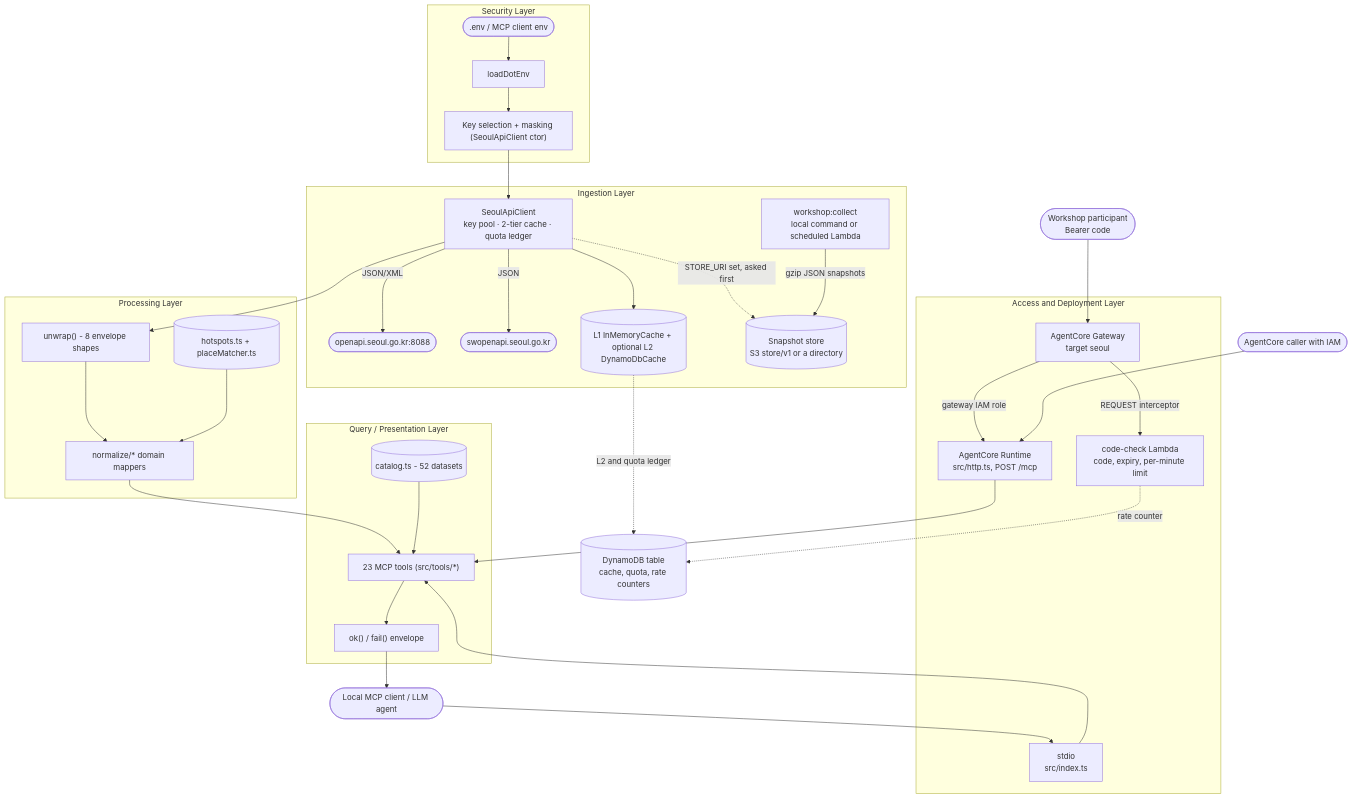
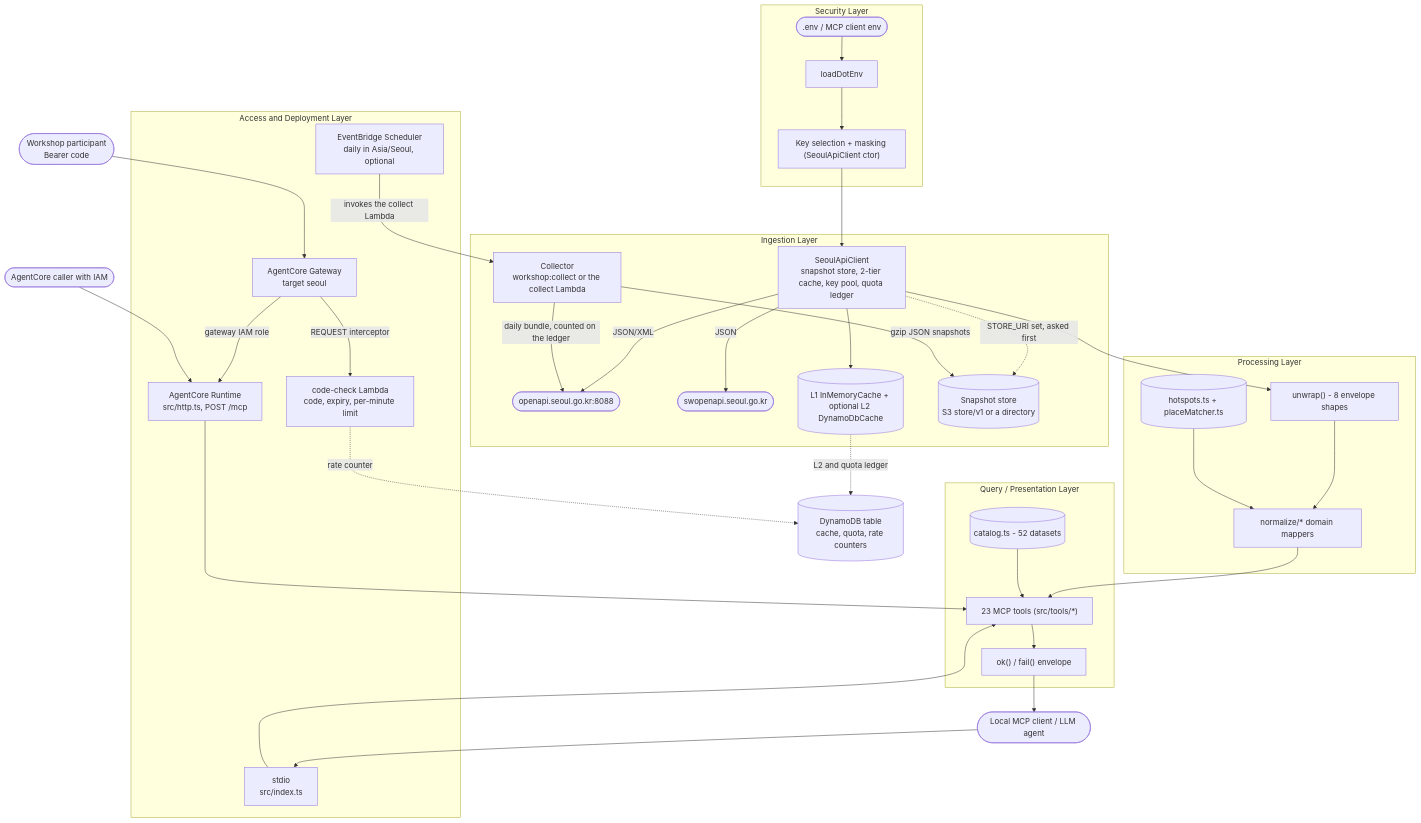
Before and after one commit to whchoi98/seoul-opendata-mcp: the third of 4 diagrams in docs/architecture.md, drawn with Mermaid. The commit also changed other lines of this file and 8 other files, not shown here.

First line of the commit message:
docs: show the snapshot store and its daily collection in the architecture doc and infographic

````diff
--- a/docs/architecture.md
+++ b/docs/architecture.md
@@ -218,46 +231,49 @@
 ```mermaid
 flowchart TB
   subgraph security[Security Layer]
     ENVFILE([".env / MCP client env"]) --> LOADENV[loadDotEnv]
     LOADENV --> KEYSEL["Key selection + masking (SeoulApiClient ctor)"]
   end
   subgraph ingestion[Ingestion Layer]
-    KEYSEL --> CLIENT["SeoulApiClient<br/>key pool · 2-tier cache · quota ledger"]
+    KEYSEL --> CLIENT["SeoulApiClient<br/>snapshot store, 2-tier cache, key pool, quota ledger"]
     CLIENT -->|"JSON/XML"| OPENAPI(["openapi.seoul.go.kr:8088"])
     CLIENT -->|"JSON"| SUBWAYAPI(["swopenapi.seoul.go.kr"])
     CLIENT --> CACHE[("L1 InMemoryCache + optional L2 DynamoDbCache")]
     CLIENT -.->|"STORE_URI set, asked first"| STORE[("Snapshot store<br/>S3 store/v1 or a directory")]
-    COLLECTOR["workshop:collect<br/>local command or scheduled Lambda"] -->|"gzip JSON snapshots"| STORE
+    COLLECTOR["Collector<br/>workshop:collect or the collect Lambda"] -->|"gzip JSON snapshots"| STORE
+    COLLECTOR -->|"daily bundle, counted on the ledger"| OPENAPI
   end
   subgraph processing[Processing Layer]
     UNWRAP["unwrap() - 8 envelope shapes"]
     NORMALIZE["normalize/* domain mappers"]
     HOTSPOTS[("hotspots.ts + placeMatcher.ts")]
     CLIENT --> UNWRAP --> NORMALIZE
     HOTSPOTS --> NORMALIZE
   end
   subgraph query[Query / Presentation Layer]
     TOOLS["23 MCP tools (src/tools/*)"]
     ENVELOPE["ok() / fail() envelope"]
     CATALOG[("catalog.ts - 52 datasets")]
     NORMALIZE --> TOOLS
     CATALOG --> TOOLS
     TOOLS --> ENVELOPE
   end
   subgraph access[Access and Deployment Layer]
     STDIO["stdio<br/>src/index.ts"]
     GATEWAY["AgentCore Gateway<br/>target seoul"]
     INTERCEPTOR["code-check Lambda<br/>code, expiry, per-minute limit"]
     RUNTIME["AgentCore Runtime<br/>src/http.ts, POST /mcp"]
+    SCHEDULE["EventBridge Scheduler<br/>daily in Asia/Seoul, optional"]
     GATEWAY -->|"REQUEST interceptor"| INTERCEPTOR
     GATEWAY -->|"gateway IAM role"| RUNTIME
   end
   TABLE[("DynamoDB table<br/>cache, quota, rate counters")]
   AGENT(["Local MCP client / LLM agent"]) --> STDIO --> TOOLS
   CALLER(["AgentCore caller with IAM"]) --> RUNTIME
   PARTICIPANT(["Workshop participant<br/>Bearer code"]) --> GATEWAY
   RUNTIME --> TOOLS
   CACHE -.->|"L2 and quota ledger"| TABLE
   INTERCEPTOR -.->|"rate counter"| TABLE
+  SCHEDULE -->|"invokes the collect Lambda"| COLLECTOR
   ENVELOPE --> AGENT
 ```
````
